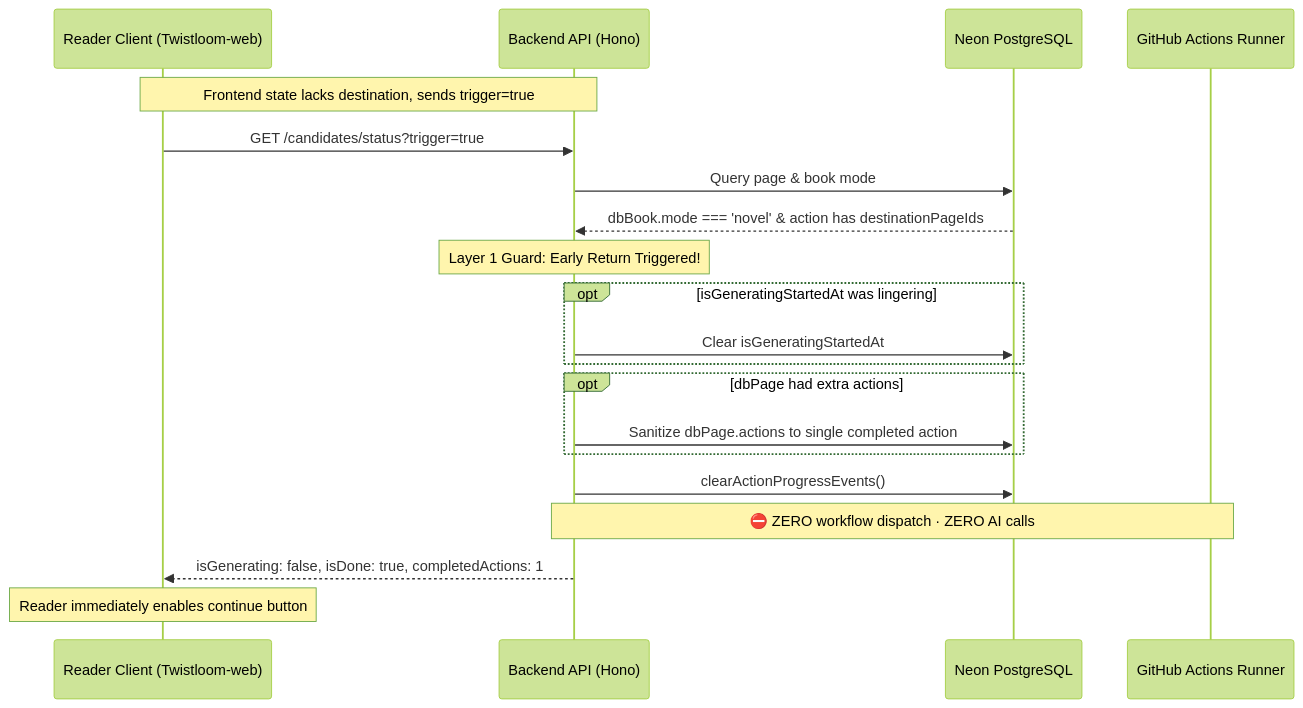
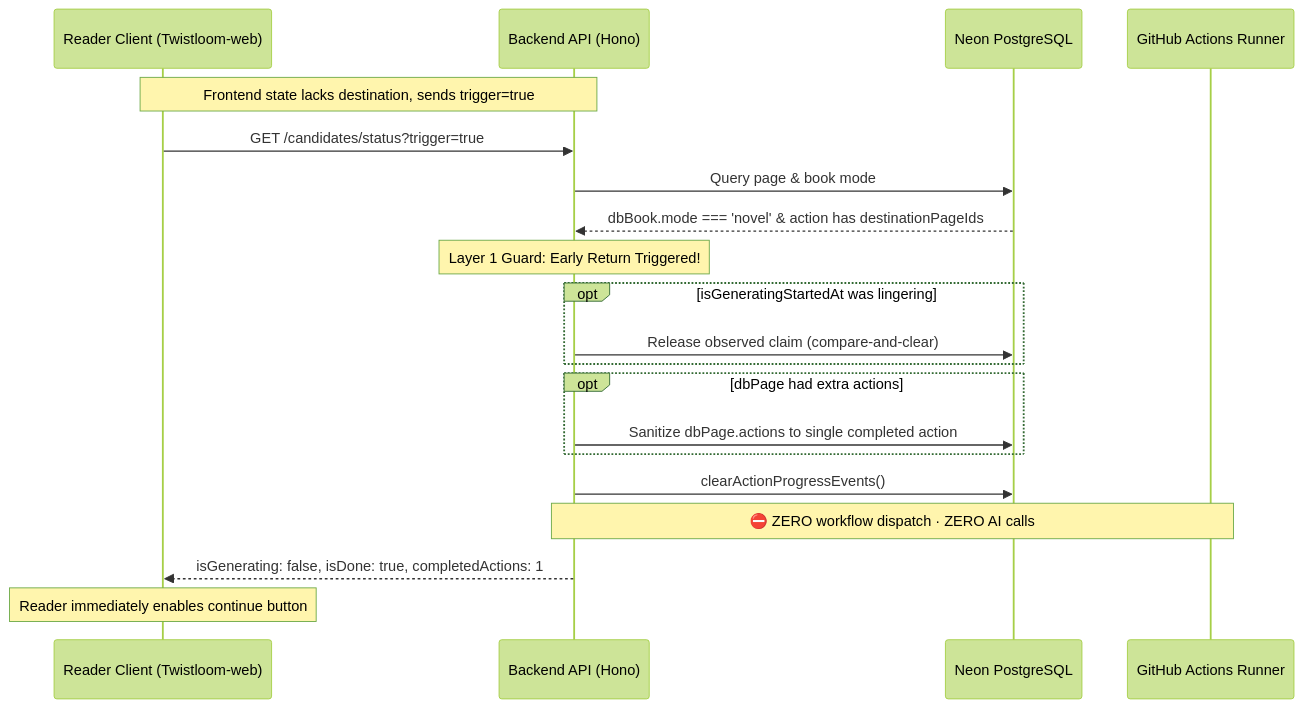
Before and after one commit to txufiknr/Twistloom-backend: the third of 3 diagrams in docs/architecture/ASYNC_CANDIDATE_GENERATION_ARCHITECTURE.md, drawn with Mermaid (forest theme). The commit also changed other lines of this file and 5 other files, not shown here.

Commit message:
fix(candidate): generation claim release retry

````diff
--- a/docs/architecture/ASYNC_CANDIDATE_GENERATION_ARCHITECTURE.md
+++ b/docs/architecture/ASYNC_CANDIDATE_GENERATION_ARCHITECTURE.md
@@ -395,23 +448,23 @@
 ```mermaid
 sequenceDiagram
     participant R as Reader Client (Twistloom-web)
     participant API as Backend API (Hono)
     participant DB as Neon PostgreSQL
     participant GHA as GitHub Actions Runner
 
     Note over R,API: Frontend state lacks destination, sends trigger=true
     R->>API: GET /candidates/status?trigger=true
     API->>DB: Query page & book mode
     DB-->>API: dbBook.mode === 'novel' & action has destinationPageIds
     Note over API: Layer 1 Guard: Early Return Triggered!
     opt isGeneratingStartedAt was lingering
-        API->>DB: Clear isGeneratingStartedAt
+        API->>DB: Release observed claim (compare-and-clear)
     end
     opt dbPage had extra actions
         API->>DB: Sanitize dbPage.actions to single completed action
     end
     API->>DB: clearActionProgressEvents()
     Note over API,GHA: ⛔ ZERO workflow dispatch · ZERO AI calls
     API-->>R: isGenerating: false, isDone: true, completedActions: 1
     Note over R: Reader immediately enables continue button
 ```
````
